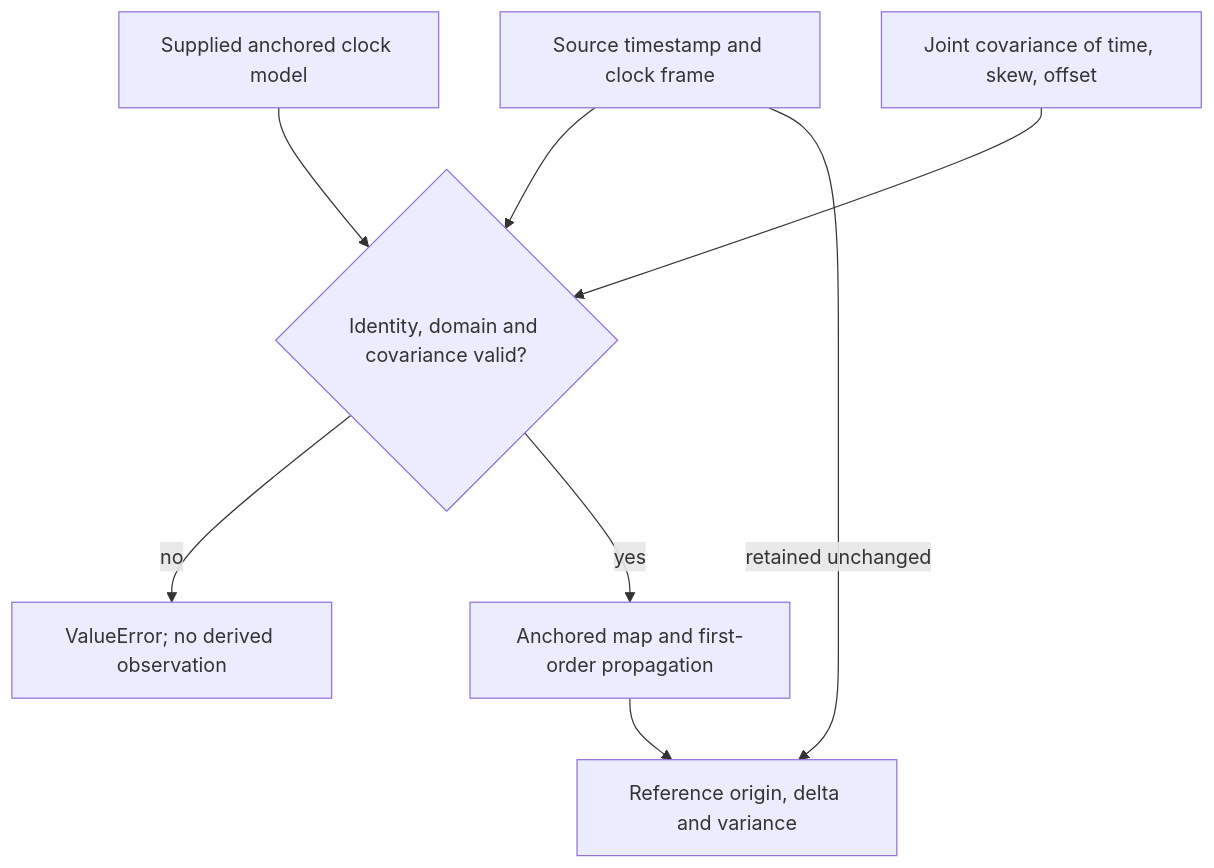
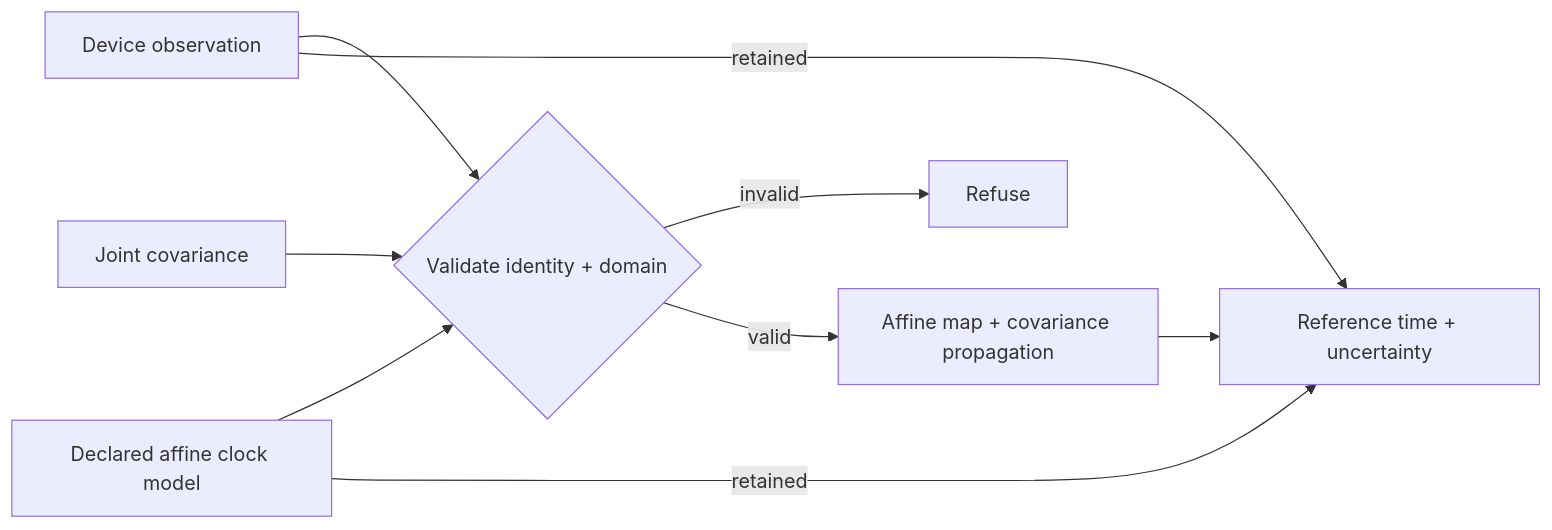
One commit to giasonpooni/Engineering-Design-Workbench changed the diagram in README.md. Above: the diagram before and after it, drawn with Mermaid. The commit also changed other lines of this file, not shown here.

Commit message:
Present runtime as Notations ClockSync microtool

````diff
--- a/README.md
+++ b/README.md
@@ -31,10 +49,11 @@
 ```mermaid
-flowchart TD
-    R["Source timestamp and clock frame"] --> V{"Identity, domain and covariance valid?"}
-    M["Supplied anchored clock model"] --> V
-    C["Joint covariance of time, skew, offset"] --> V
-    V -->|"no"| E["ValueError; no derived observation"]
-    V -->|"yes"| A["Anchored map and first-order propagation"]
-    A --> O["Reference origin, delta and variance"]
-    R -->|"retained unchanged"| O
+flowchart LR
+    O["Device observation"] --> V{"Validate identity + domain"}
+    M["Declared affine clock model"] --> V
+    C["Joint covariance"] --> V
+    V -->|"invalid"| R["Refuse"]
+    V -->|"valid"| P["Affine map + covariance propagation"]
+    P --> T["Reference time + uncertainty"]
+    O -->|"retained"| T
+    M -->|"retained"| T
 ```
````
